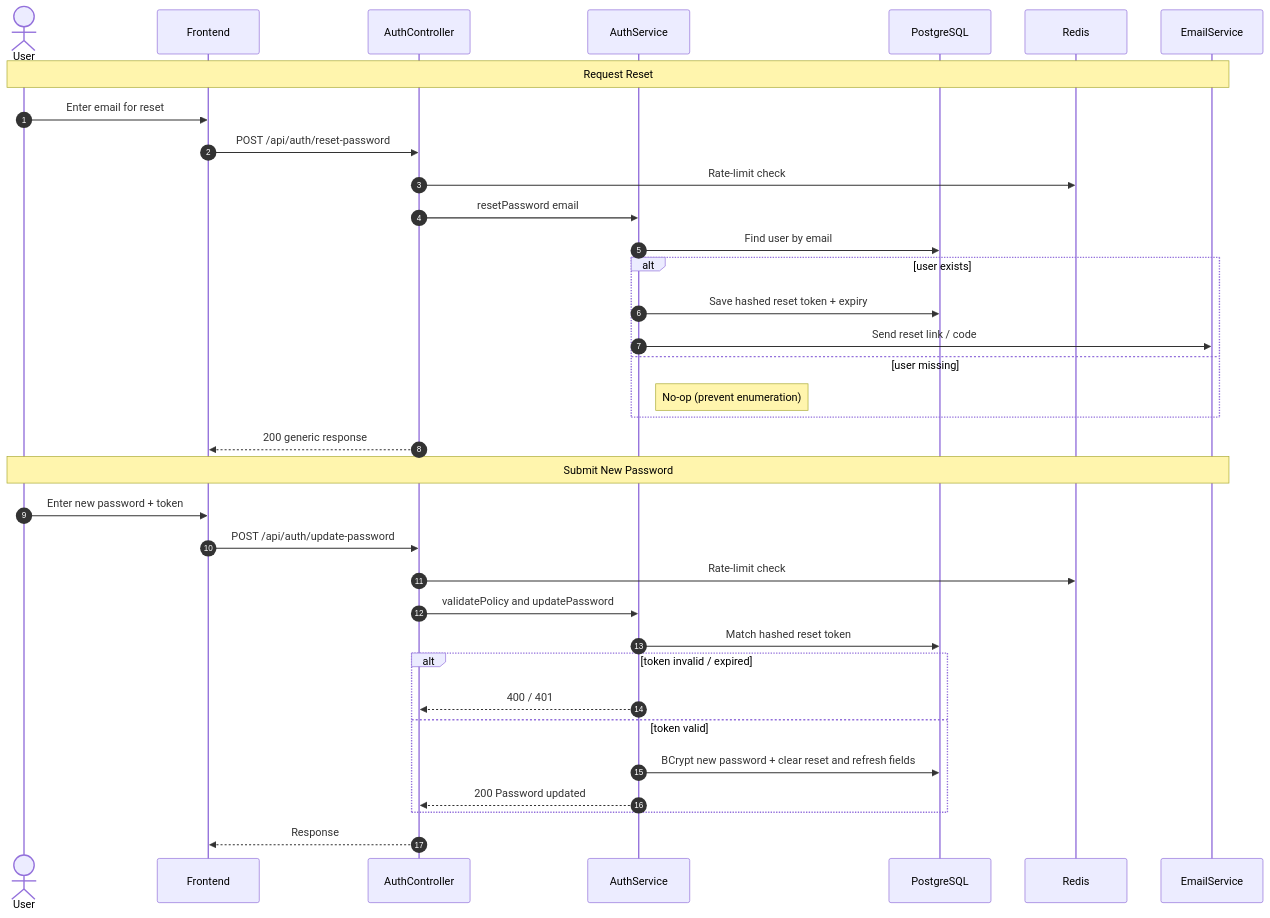
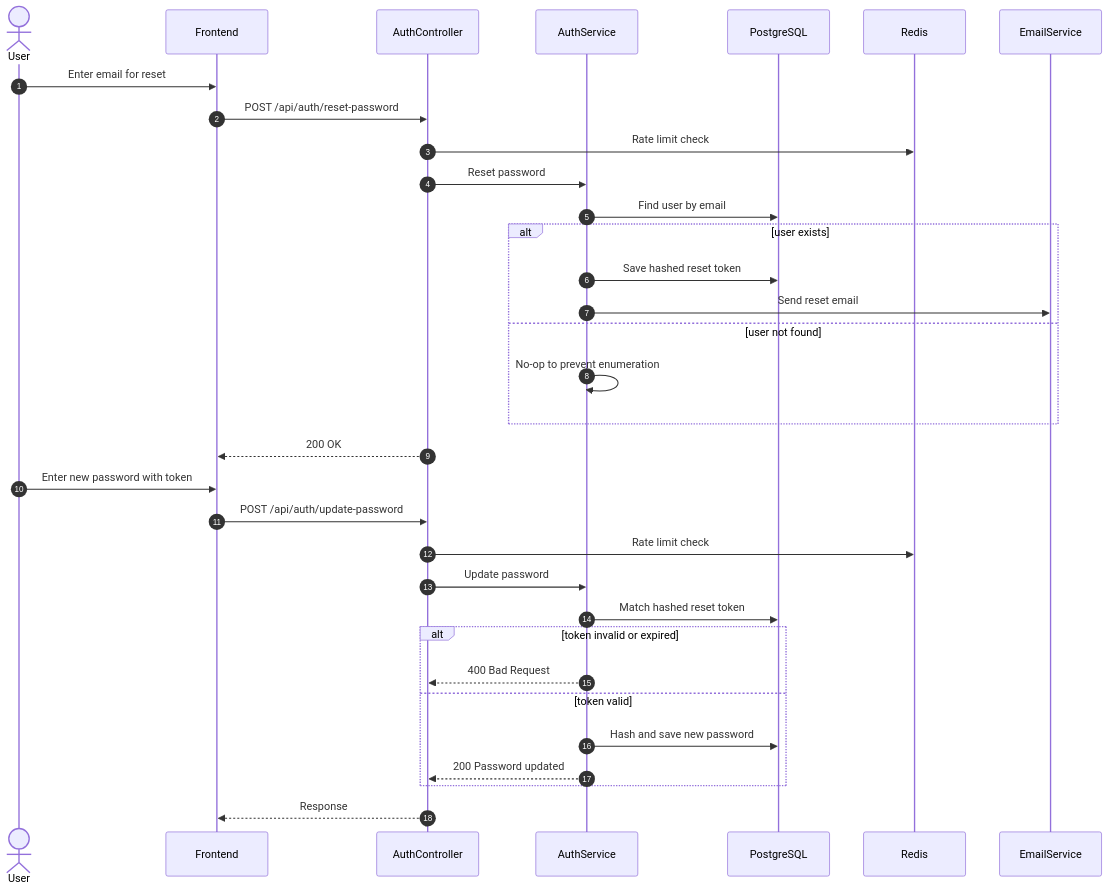
The eighth of 12 diagrams in README.md (himanshugupta91/Full-Stack-Authentication-System), drawn with Mermaid before and after one commit. The commit also changed other lines of this file, not shown here.

Commit message:
Rewrite all 12 mermaid diagrams from scratch with plain GitHub-compatible syntax

````diff
--- a/README.md
+++ b/README.md
@@ -389,39 +361,36 @@
 ```mermaid
 sequenceDiagram
     autonumber
     actor User
     participant FE as Frontend
     participant API as AuthController
     participant SVC as AuthService
     participant DB as PostgreSQL
     participant REDIS as Redis
     participant MAIL as EmailService
 
-    Note over User,MAIL: Request Reset
     User->>FE: Enter email for reset
     FE->>API: POST /api/auth/reset-password
-    API->>REDIS: Rate-limit check
-    API->>SVC: resetPassword email
+    API->>REDIS: Rate limit check
+    API->>SVC: Reset password
     SVC->>DB: Find user by email
     alt user exists
-        SVC->>DB: Save hashed reset token + expiry
-        SVC->>MAIL: Send reset link / code
-    else user missing
-        Note right of SVC: No-op (prevent enumeration)
+        SVC->>DB: Save hashed reset token
+        SVC->>MAIL: Send reset email
+    else user not found
+        SVC->>SVC: No-op to prevent enumeration
     end
-    API-->>FE: 200 generic response
-
-    Note over User,MAIL: Submit New Password
-    User->>FE: Enter new password + token
+    API-->>FE: 200 OK
+    User->>FE: Enter new password with token
     FE->>API: POST /api/auth/update-password
-    API->>REDIS: Rate-limit check
-    API->>SVC: validatePolicy and updatePassword
+    API->>REDIS: Rate limit check
+    API->>SVC: Update password
     SVC->>DB: Match hashed reset token
-    alt token invalid / expired
-        SVC-->>API: 400 / 401
+    alt token invalid or expired
+        SVC-->>API: 400 Bad Request
     else token valid
-        SVC->>DB: BCrypt new password + clear reset and refresh fields
+        SVC->>DB: Hash and save new password
         SVC-->>API: 200 Password updated
     end
     API-->>FE: Response
 ```
````
